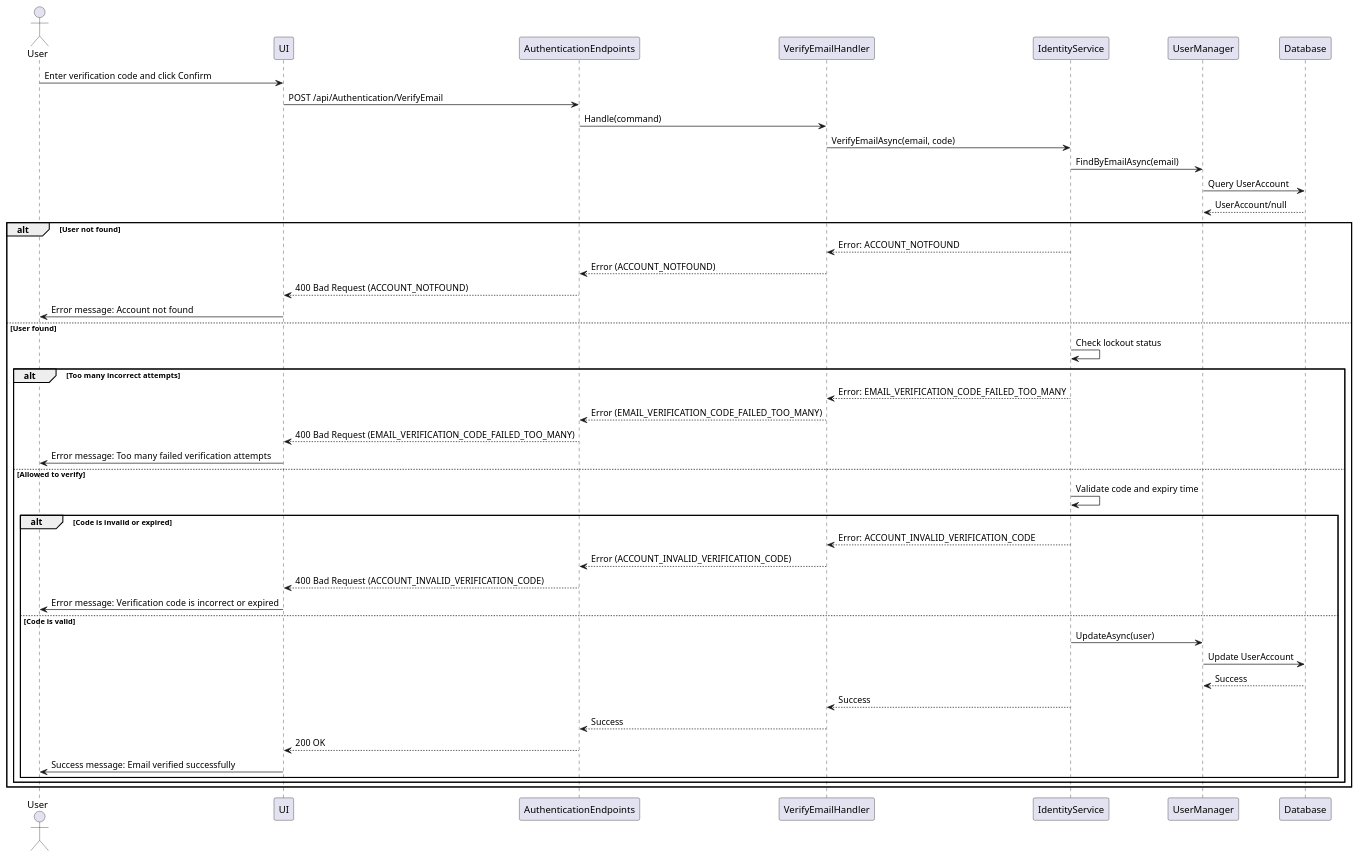
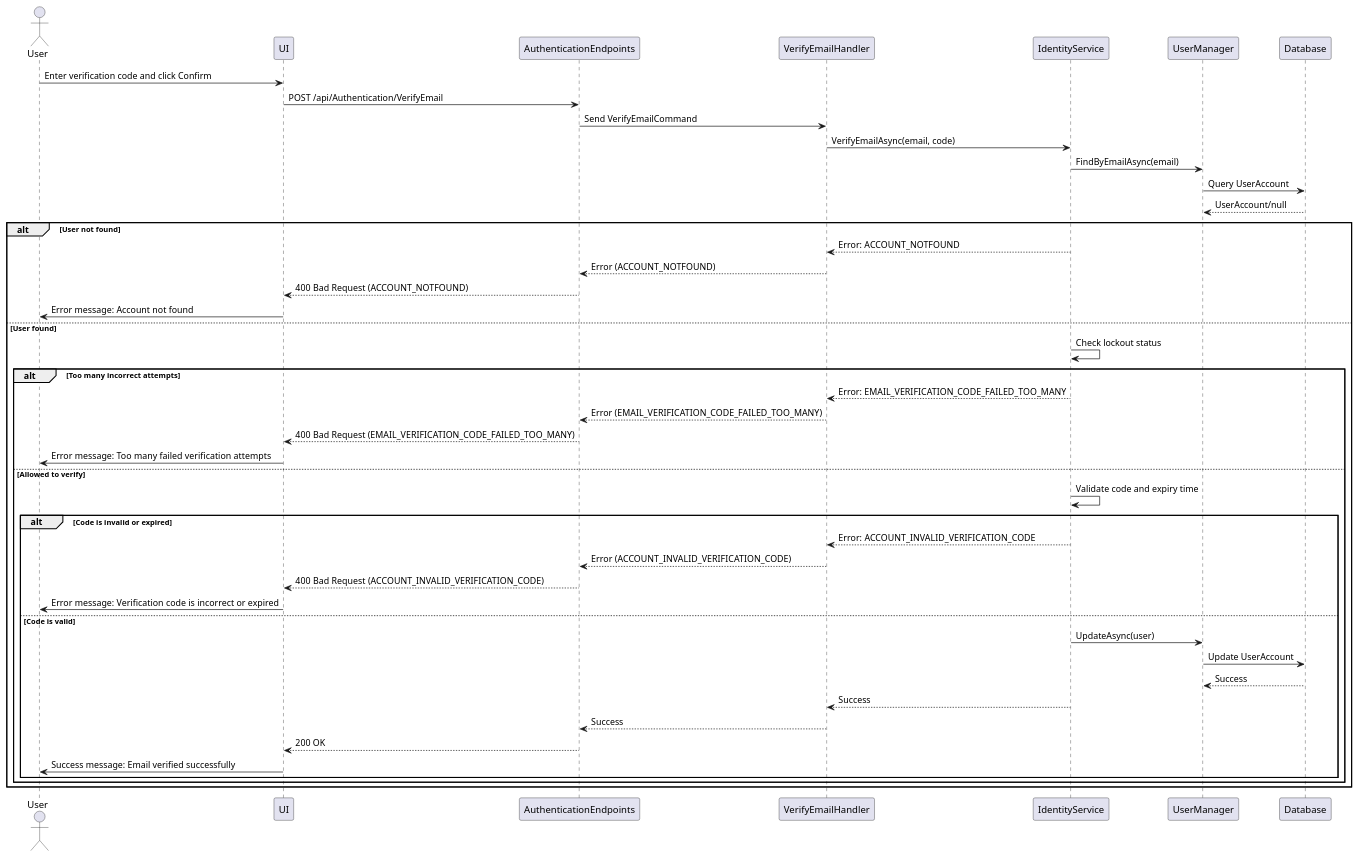
Before and after one commit to thanhkhac/SEP_Diagram: the diagram in authentication/Sequence/07_VerifyEmail.puml, drawn with PlantUML. The commit also changed 11 other files, not shown here.

First line of the commit message:
Update authentication sequence diagrams and add SetPassword flow

```diff
--- a/authentication/Sequence/07_VerifyEmail.puml
+++ b/authentication/Sequence/07_VerifyEmail.puml
@@ -1,48 +1,48 @@
 @startuml
 actor User
 participant UI
 participant AuthenticationEndpoints
 participant VerifyEmailHandler
 participant IdentityService
 participant UserManager
 participant Database
 
 User -> UI : Enter verification code and click Confirm
 UI -> AuthenticationEndpoints : POST /api/Authentication/VerifyEmail
-AuthenticationEndpoints -> VerifyEmailHandler : Handle(command)
+AuthenticationEndpoints -> VerifyEmailHandler : Send VerifyEmailCommand
 VerifyEmailHandler -> IdentityService : VerifyEmailAsync(email, code)
 IdentityService -> UserManager : FindByEmailAsync(email)
 UserManager -> Database : Query UserAccount
 Database --> UserManager : UserAccount/null
 
 alt User not found
     IdentityService --> VerifyEmailHandler : Error: ACCOUNT_NOTFOUND
     VerifyEmailHandler --> AuthenticationEndpoints : Error (ACCOUNT_NOTFOUND)
     AuthenticationEndpoints --> UI : 400 Bad Request (ACCOUNT_NOTFOUND)
     UI -> User : Error message: Account not found
 else User found
     IdentityService -> IdentityService : Check lockout status
     alt Too many incorrect attempts
         IdentityService --> VerifyEmailHandler : Error: EMAIL_VERIFICATION_CODE_FAILED_TOO_MANY
         VerifyEmailHandler --> AuthenticationEndpoints : Error (EMAIL_VERIFICATION_CODE_FAILED_TOO_MANY)
         AuthenticationEndpoints --> UI : 400 Bad Request (EMAIL_VERIFICATION_CODE_FAILED_TOO_MANY)
         UI -> User : Error message: Too many failed verification attempts
     else Allowed to verify
         IdentityService -> IdentityService : Validate code and expiry time
         alt Code is invalid or expired
             IdentityService --> VerifyEmailHandler : Error: ACCOUNT_INVALID_VERIFICATION_CODE
             VerifyEmailHandler --> AuthenticationEndpoints : Error (ACCOUNT_INVALID_VERIFICATION_CODE)
             AuthenticationEndpoints --> UI : 400 Bad Request (ACCOUNT_INVALID_VERIFICATION_CODE)
             UI -> User : Error message: Verification code is incorrect or expired
         else Code is valid
             IdentityService -> UserManager : UpdateAsync(user)
             UserManager -> Database : Update UserAccount
             Database --> UserManager : Success
             IdentityService --> VerifyEmailHandler : Success
             VerifyEmailHandler --> AuthenticationEndpoints : Success
             AuthenticationEndpoints --> UI : 200 OK
             UI -> User : Success message: Email verified successfully
         end
     end
 end
 @enduml
```
